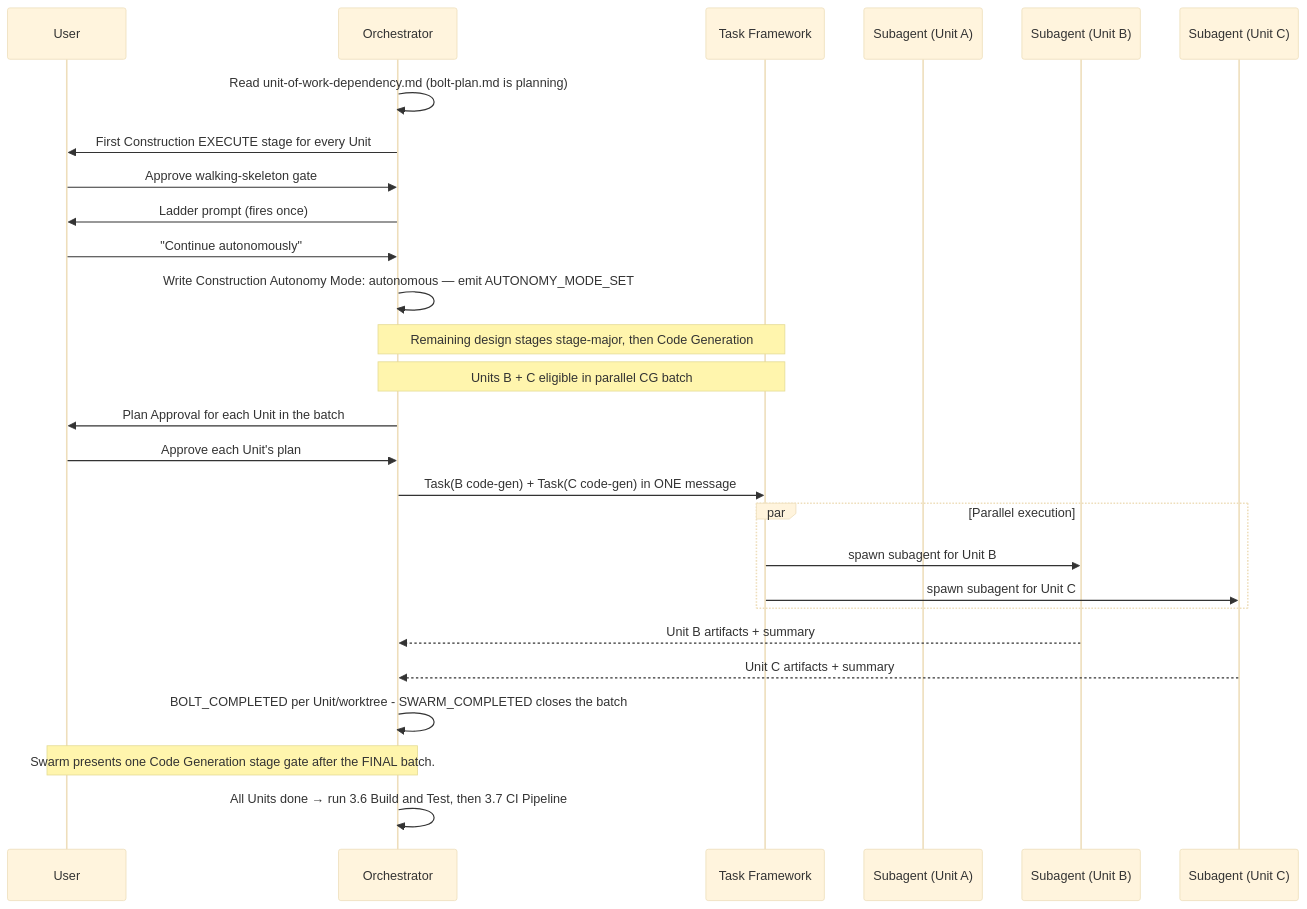
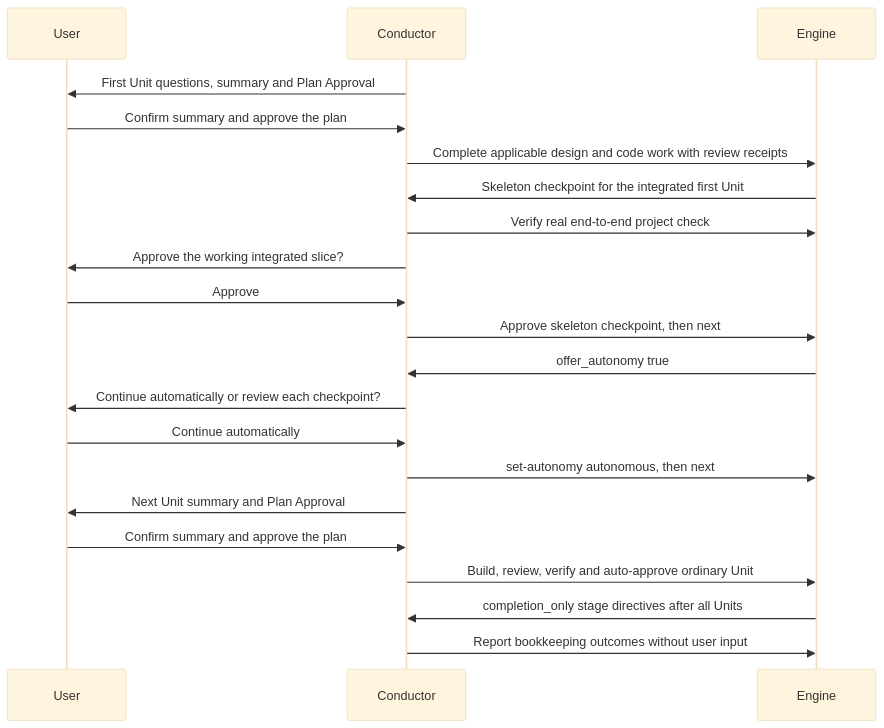
The third of 4 diagrams in docs/reference/03-orchestrator.md (SaRedfiche/aidlc-workflows), drawn with Mermaid (base theme) before and after one commit. The commit also changed other lines of this file and 72 other files, not shown here.

First line of the commit message:
feat: review Construction at verified Unit and batch checkpoints (#1150)

````diff
--- a/docs/reference/03-orchestrator.md
+++ b/docs/reference/03-orchestrator.md
@@ -525,32 +636,23 @@
 ```mermaid
 sequenceDiagram
     participant U as User
-    participant O as Orchestrator
-    participant T as Task Framework
-    participant UA as Subagent (Unit A)
-    participant UB as Subagent (Unit B)
-    participant UC as Subagent (Unit C)
-
-    O->>O: Read unit-of-work-dependency.md (bolt-plan.md is planning)
-    O->>U: First Construction EXECUTE stage for every Unit
-    U->>O: Approve walking-skeleton gate
-    O->>U: Ladder prompt (fires once)
-    U->>O: "Continue autonomously"
-    O->>O: Write Construction Autonomy Mode: autonomous — emit AUTONOMY_MODE_SET
-
-    Note over O,T: Remaining design stages stage-major, then Code Generation
-    Note over O,T: Units B + C eligible in parallel CG batch
-    O->>U: Plan Approval for each Unit in the batch
-    U->>O: Approve each Unit's plan
-    O->>T: Task(B code-gen) + Task(C code-gen) in ONE message
-    par Parallel execution
-        T->>UB: spawn subagent for Unit B
-        T->>UC: spawn subagent for Unit C
-    end
-    UB-->>O: Unit B artifacts + summary
-    UC-->>O: Unit C artifacts + summary
-    O->>O: BOLT_COMPLETED per Unit/worktree - SWARM_COMPLETED closes the batch
-    Note over O,U: Swarm presents one Code Generation stage gate after the FINAL batch.
-
-    O->>O: All Units done → run 3.6 Build and Test, then 3.7 CI Pipeline
+    participant C as Conductor
+    participant E as Engine
+    C->>U: First Unit questions, summary and Plan Approval
+    U->>C: Confirm summary and approve the plan
+    C->>E: Complete applicable design and code work with review receipts
+    E->>C: Skeleton checkpoint for the integrated first Unit
+    C->>E: Verify real end-to-end project check
+    C->>U: Approve the working integrated slice?
+    U->>C: Approve
+    C->>E: Approve skeleton checkpoint, then next
+    E->>C: offer_autonomy true
+    C->>U: Continue automatically or review each checkpoint?
+    U->>C: Continue automatically
+    C->>E: set-autonomy autonomous, then next
+    C->>U: Next Unit summary and Plan Approval
+    U->>C: Confirm summary and approve the plan
+    C->>E: Build, review, verify and auto-approve ordinary Unit
+    E->>C: completion_only stage directives after all Units
+    C->>E: Report bookkeeping outcomes without user input
 ```
````
